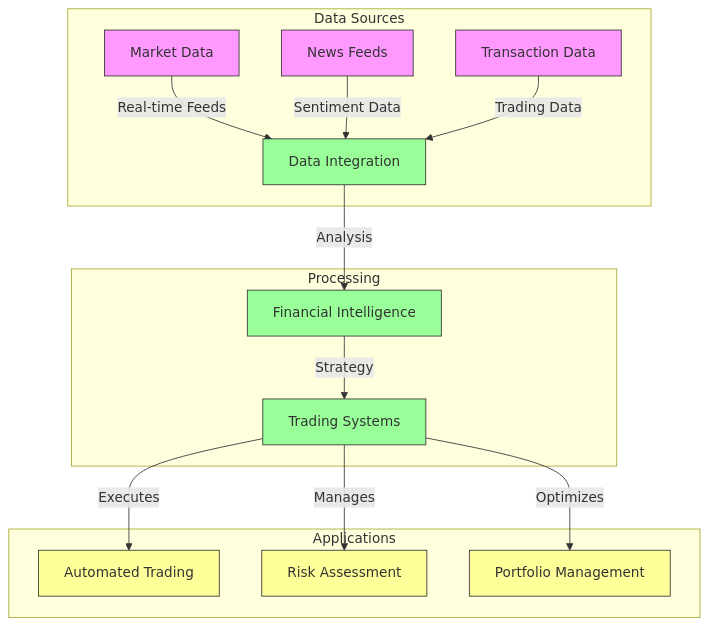
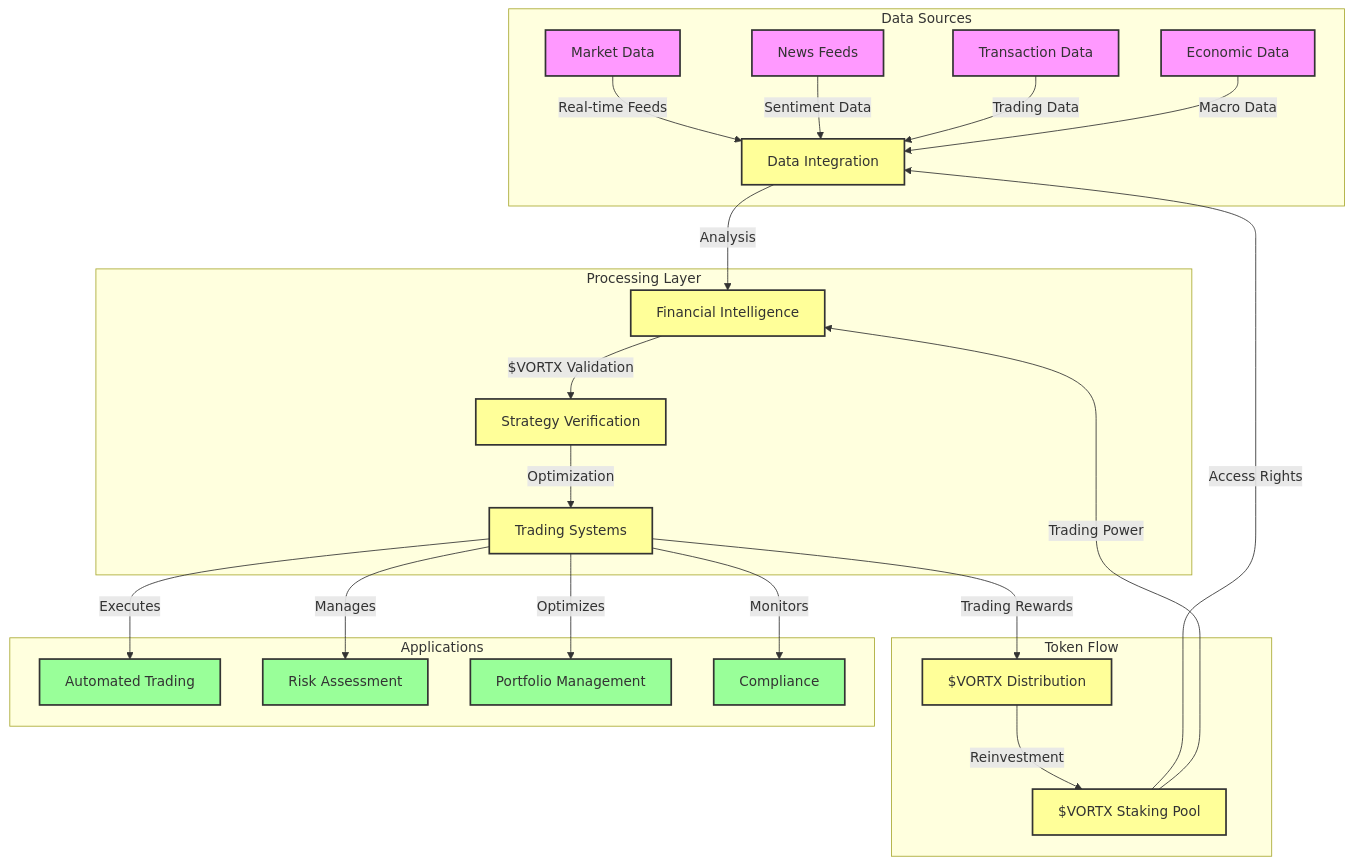
The third of 5 diagrams in docs/whitepapers/industry-scenarios.md (Vortx-AI/synthetic-satellite), drawn with Mermaid before and after one commit. The commit also changed other lines of this file and 2 other files, not shown here.

````diff
--- a/docs/whitepapers/industry-scenarios.md
+++ b/docs/whitepapers/industry-scenarios.md
@@ -127,27 +151,39 @@
 ```mermaid
 graph TD
     subgraph Data Sources
-        D1[Market Data] -->|Real-time Feeds| P1
+        D1[Market Data] -->|Real-time Feeds| P1[Data Integration]
         D2[News Feeds] -->|Sentiment Data| P1
         D3[Transaction Data] -->|Trading Data| P1
+        D4[Economic Data] -->|Macro Data| P1
     end
     
-    subgraph Processing
-        P1[Data Integration] -->|Analysis| P2[Financial Intelligence]
-        P2 -->|Strategy| P3[Trading Systems]
+    subgraph Processing Layer
+        P1 -->|Analysis| P2[Financial Intelligence]
+        P2 -->|$VORTX Validation| P3[Strategy Verification]
+        P3 -->|Optimization| P4[Trading Systems]
+    end
+    
+    subgraph Token Flow
+        T1[$VORTX Staking Pool] -->|Access Rights| P1
+        T1 -->|Trading Power| P2
+        P4 -->|Trading Rewards| T2[$VORTX Distribution]
+        T2 -->|Reinvestment| T1
     end
     
     subgraph Applications
-        P3 -->|Executes| A1[Automated Trading]
-        P3 -->|Manages| A2[Risk Assessment]
-        P3 -->|Optimizes| A3[Portfolio Management]
+        P4 -->|Executes| A1[Automated Trading]
+        P4 -->|Manages| A2[Risk Assessment]
+        P4 -->|Optimizes| A3[Portfolio Management]
+        P4 -->|Monitors| A4[Compliance]
     end
     
-    classDef source fill:#f9f,stroke:#333
-    classDef process fill:#9f9,stroke:#333
-    classDef app fill:#ff9,stroke:#333
+    classDef source fill:#f9f,stroke:#333,stroke-width:2px
+    classDef process fill:#ff9,stroke:#333,stroke-width:2px
+    classDef token fill:#ff9,stroke:#333,stroke-width:2px
+    classDef app fill:#9f9,stroke:#333,stroke-width:2px
     
-    class D1,D2,D3 source
-    class P1,P2,P3 process
-    class A1,A2,A3 app
+    class D1,D2,D3,D4 source
+    class P1,P2,P3,P4 process
+    class T1,T2 token
+    class A1,A2,A3,A4 app
 ```
````
